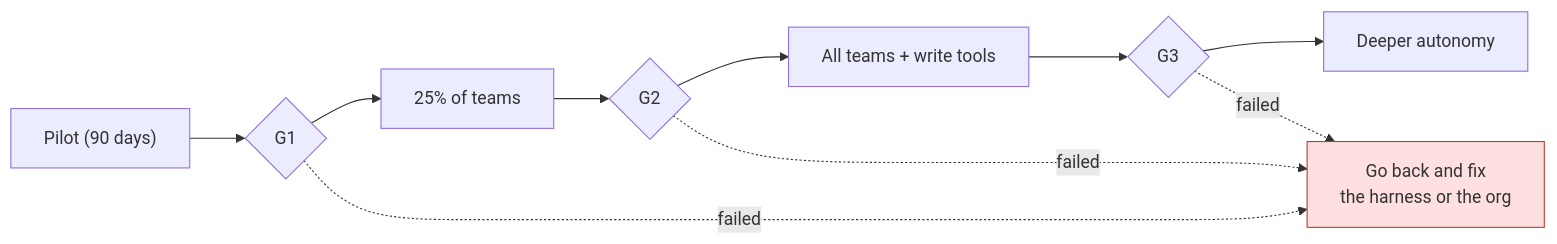
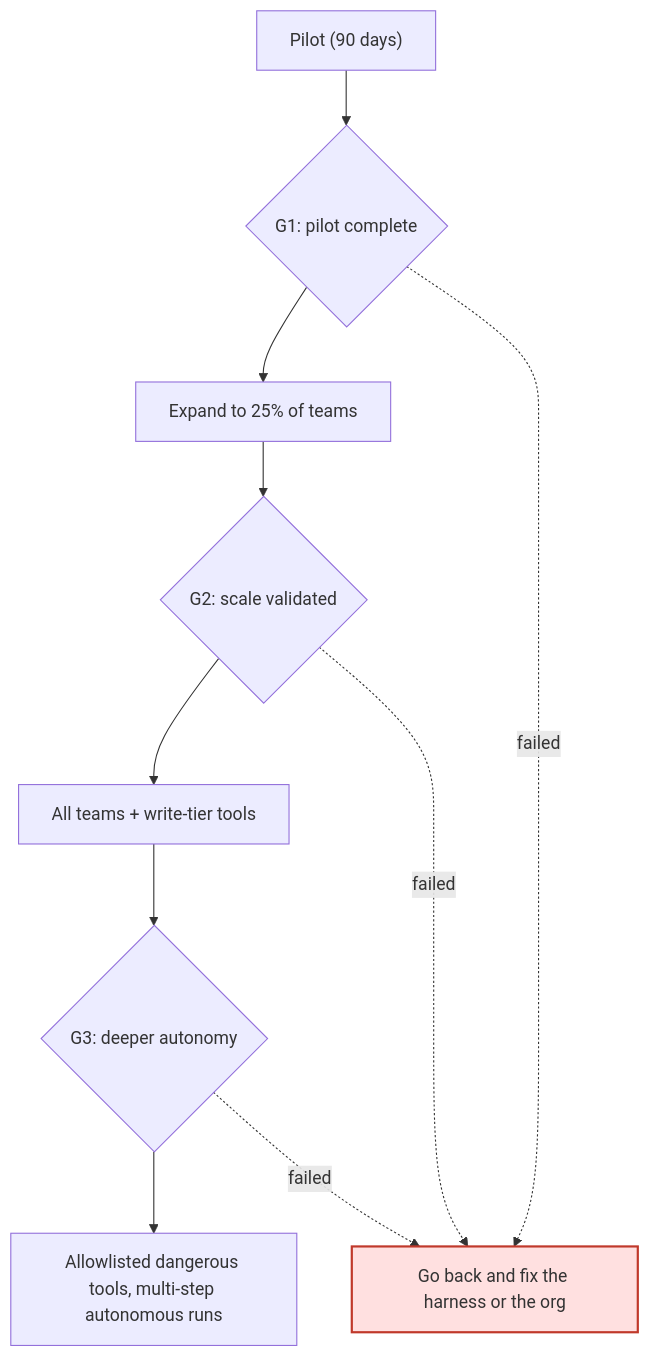
The third of 3 diagrams in 2026-11-agentic-eval-economics/article.en.md (fantasybz/medium-articles), drawn with Mermaid before and after one commit. The commit also changed other lines of this file and 26 other files, not shown here.

First line of the commit message:
Redraw the remaining wide and tall diagrams across all four articles

````diff
--- a/2026-11-agentic-eval-economics/article.en.md
+++ b/2026-11-agentic-eval-economics/article.en.md
@@ -155,8 +162,16 @@
 ```mermaid
-flowchart LR
-    P["Pilot (90 days)"] --> G1{"G1"} --> E1["25% of teams"] --> G2{"G2"} --> E2["All teams + write tools"] --> G3{"G3"} --> E3["Deeper autonomy"]
-    G1 -.->|failed| F1["Go back and fix<br/>the harness or the org"]
+flowchart TB
+    P["Pilot (90 days)"]
+    G1{"G1: pilot complete"}
+    E1["Expand to 25% of teams"]
+    G2{"G2: scale validated"}
+    E2["All teams + write-tier tools"]
+    G3{"G3: deeper autonomy"}
+    E3["Allowlisted dangerous tools, multi-step autonomous runs"]
+    F1["Go back and fix the harness or the org"]
+    P --> G1 --> E1 --> G2 --> E2 --> G3 --> E3
+    G1 -.->|failed| F1
     G2 -.->|failed| F1
     G3 -.->|failed| F1
-    style F1 fill:#ffe0e0,stroke:#c0392b
+    style F1 fill:#ffe0e0,stroke:#c0392b,stroke-width:2px
 ```
````
